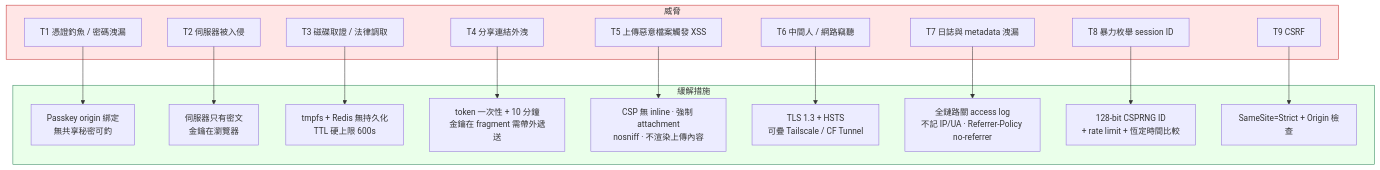
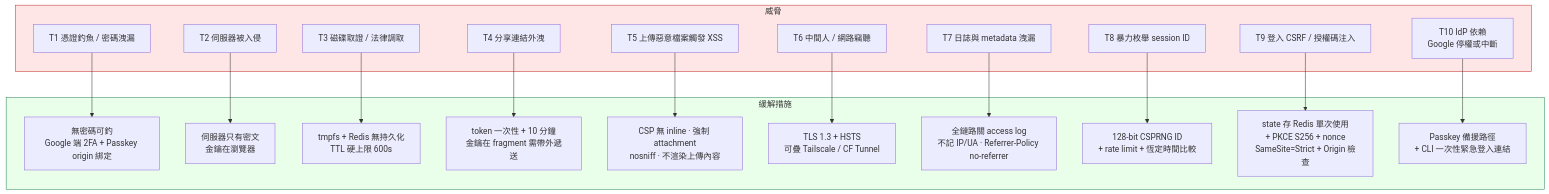
Before and after one commit to tonylnng/VaporDrop: the tenth of 12 diagrams in README.md, drawn with Mermaid. The commit also changed other lines of this file and 19 other files, not shown here.

First line of the commit message:
feat: 改以 Google 登入為主要認證方式（OIDC Authorization Code + PKCE）

````diff
--- a/README.md
+++ b/README.md
@@ -311,37 +361,40 @@
 ```mermaid
 graph TB
     subgraph T["威脅"]
         T1["T1 憑證釣魚 / 密碼洩漏"]
         T2["T2 伺服器被入侵"]
         T3["T3 磁碟取證 / 法律調取"]
         T4["T4 分享連結外洩"]
         T5["T5 上傳惡意檔案觸發 XSS"]
         T6["T6 中間人 / 網路竊聽"]
         T7["T7 日誌與 metadata 洩漏"]
         T8["T8 暴力枚舉 session ID"]
-        T9["T9 CSRF"]
+        T9["T9 登入 CSRF / 授權碼注入"]
+        T10["T10 IdP 依賴<br/>Google 停權或中斷"]
     end
     subgraph M["緩解措施"]
-        M1["Passkey origin 綁定<br/>無共享秘密可釣"]
+        M1["無密碼可釣<br/>Google 端 2FA + Passkey origin 綁定"]
         M2["伺服器只有密文<br/>金鑰在瀏覽器"]
         M3["tmpfs + Redis 無持久化<br/>TTL 硬上限 600s"]
         M4["token 一次性 + 10 分鐘<br/>金鑰在 fragment 需帶外遞送"]
         M5["CSP 無 inline · 強制 attachment<br/>nosniff · 不渲染上傳內容"]
         M6["TLS 1.3 + HSTS<br/>可疊 Tailscale / CF Tunnel"]
         M7["全鏈路關 access log<br/>不記 IP/UA · Referrer-Policy no-referrer"]
         M8["128-bit CSPRNG ID<br/>+ rate limit + 恆定時間比較"]
-        M9["SameSite=Strict + Origin 檢查"]
+        M9["state 存 Redis 單次使用<br/>+ PKCE S256 + nonce<br/>SameSite=Strict + Origin 檢查"]
+        M10["Passkey 備援路徑<br/>+ CLI 一次性緊急登入連結"]
     end
     T1 --> M1
     T2 --> M2
     T3 --> M3
     T4 --> M4
     T5 --> M5
     T6 --> M6
     T7 --> M7
     T8 --> M8
     T9 --> M9
+    T10 --> M10
 
     style M fill:#eaffea,stroke:#2f855a
     style T fill:#ffe6e6,stroke:#c53030
 ```
````
